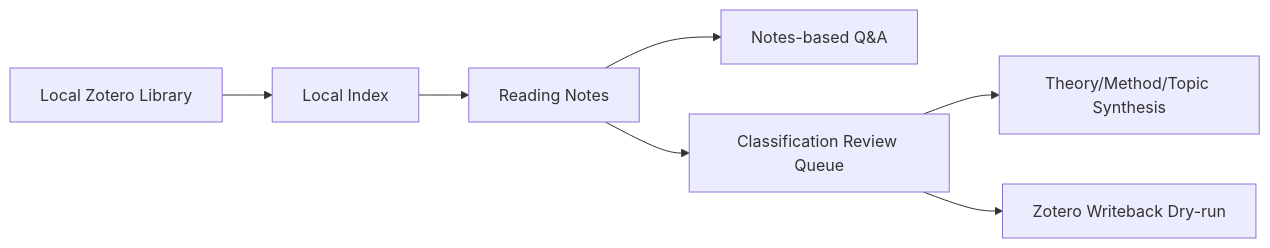
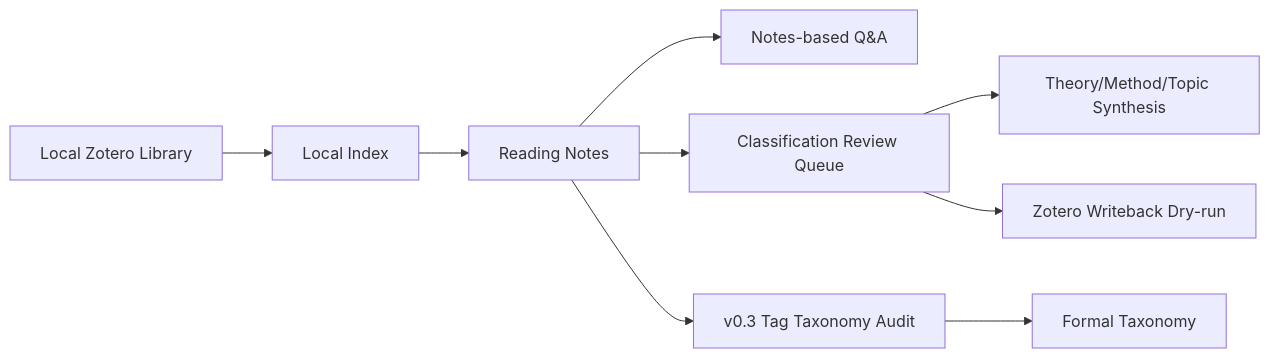
The diagram in README_EN.md (YYCCCHAOOO/MindCite), drawn with Mermaid before and after one commit. The commit also changed other lines of this file and 11 other files, not shown here.

````diff
--- a/README_EN.md
+++ b/README_EN.md
@@ -39,9 +39,11 @@
 ```mermaid
 flowchart LR
   Zotero["Local Zotero Library"] --> Index["Local Index"]
   Index --> Reading["Reading Notes"]
   Reading --> QA["Notes-based Q&A"]
   Reading --> Classify["Classification Review Queue"]
+  Reading --> Tags["v0.3 Tag Taxonomy Audit"]
+  Tags --> Taxonomy["Formal Taxonomy"]
   Classify --> Synthesis["Theory/Method/Topic Synthesis"]
   Classify --> DryRun["Zotero Writeback Dry-run"]
 ```
````
